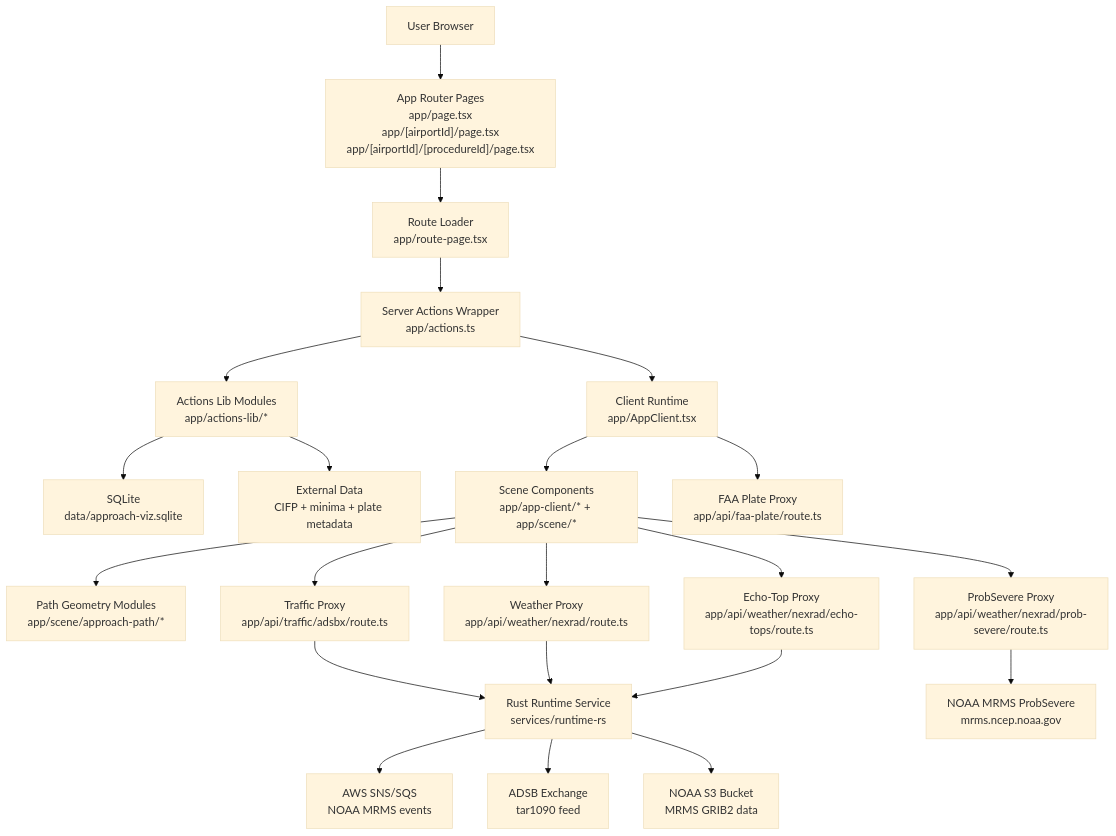
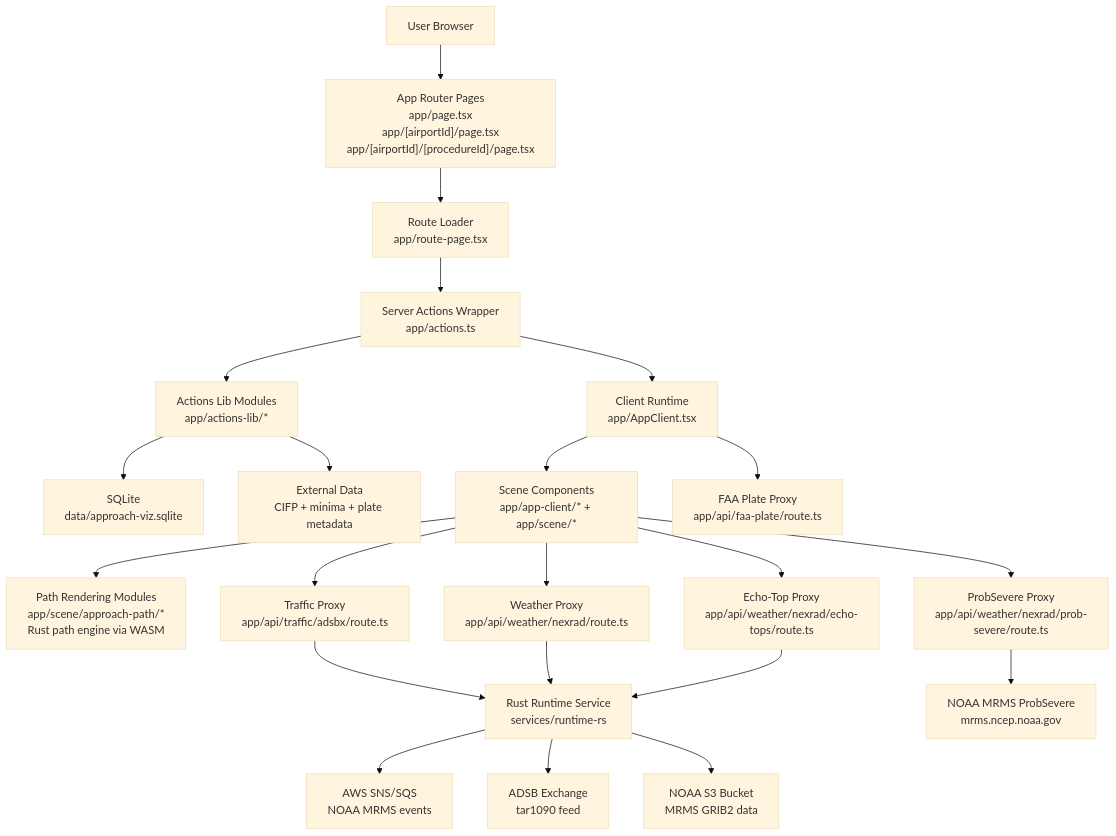
The diagram in docs/architecture-overview.md (andyfangdz/approach-viz), drawn with Mermaid (base theme) before and after one commit. The commit also changed 70 other files, not shown here.

Commit message:
Unify approach path rendering in Rust

````diff
--- a/docs/architecture-overview.md
+++ b/docs/architecture-overview.md
@@ -7,24 +7,24 @@
 ```mermaid
 flowchart TD
   U["User Browser"] --> R["App Router Pages<br/>app/page.tsx<br/>app/[airportId]/page.tsx<br/>app/[airportId]/[procedureId]/page.tsx"]
   R --> L["Route Loader<br/>app/route-page.tsx"]
   L --> A["Server Actions Wrapper<br/>app/actions.ts"]
   A --> AL["Actions Lib Modules<br/>app/actions-lib/*"]
   AL --> DB["SQLite<br/>data/approach-viz.sqlite"]
   AL --> EXT["External Data<br/>CIFP + minima + plate metadata"]
   A --> C["Client Runtime<br/>app/AppClient.tsx"]
   C --> S["Scene Components<br/>app/app-client/* + app/scene/*"]
   C --> PP["FAA Plate Proxy<br/>app/api/faa-plate/route.ts"]
-  S --> G["Path Geometry Modules<br/>app/scene/approach-path/*"]
+  S --> G["Path Rendering Modules<br/>app/scene/approach-path/*<br/>Rust path engine via WASM"]
   S --> TP["Traffic Proxy<br/>app/api/traffic/adsbx/route.ts"]
   S --> WP["Weather Proxy<br/>app/api/weather/nexrad/route.ts"]
   S --> EP["Echo-Top Proxy<br/>app/api/weather/nexrad/echo-tops/route.ts"]
   S --> PS["ProbSevere Proxy<br/>app/api/weather/nexrad/prob-severe/route.ts"]
   TP --> RS["Rust Runtime Service<br/>services/runtime-rs"]
   WP --> RS
   EP --> RS
   PS --> NPS["NOAA MRMS ProbSevere<br/>mrms.ncep.noaa.gov"]
   RS --> SQS["AWS SNS/SQS<br/>NOAA MRMS events"]
   RS --> ADSB["ADSB Exchange<br/>tar1090 feed"]
   RS --> S3["NOAA S3 Bucket<br/>MRMS GRIB2 data"]
 ```
````
